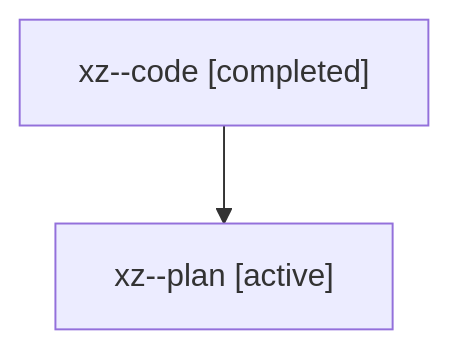
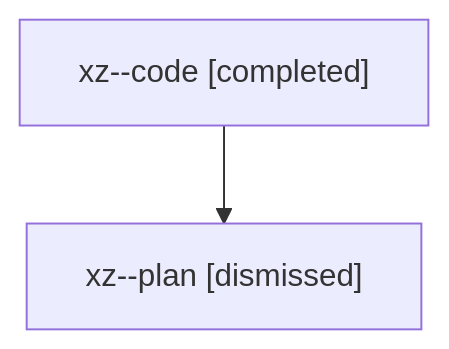
One commit to sase-org/sase--agents changed the diagram in sessions/bbugyi200.athena.xz.md. Above: the diagram before and after it, drawn with Mermaid. The commit also changed other lines of this file and 30 other files, not shown here.

````diff
--- a/sessions/bbugyi200.athena.xz.md
+++ b/sessions/bbugyi200.athena.xz.md
@@ -9,6 +9,6 @@
 ```mermaid
 flowchart TD
   n0["xz--code [completed]"]
-  n1["xz--plan [active]"]
+  n1["xz--plan [dismissed]"]
   n0 --> n1
 ```
````
